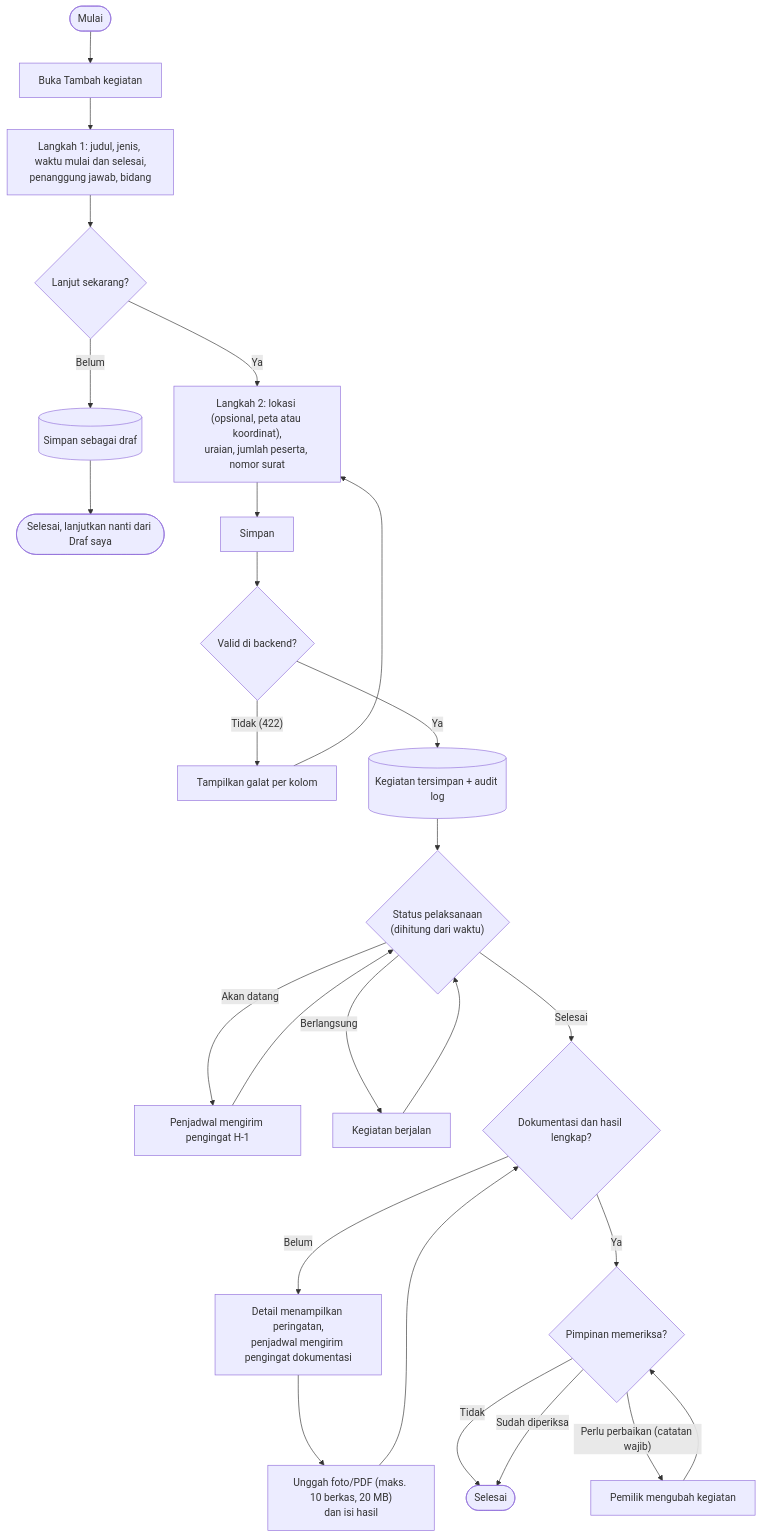
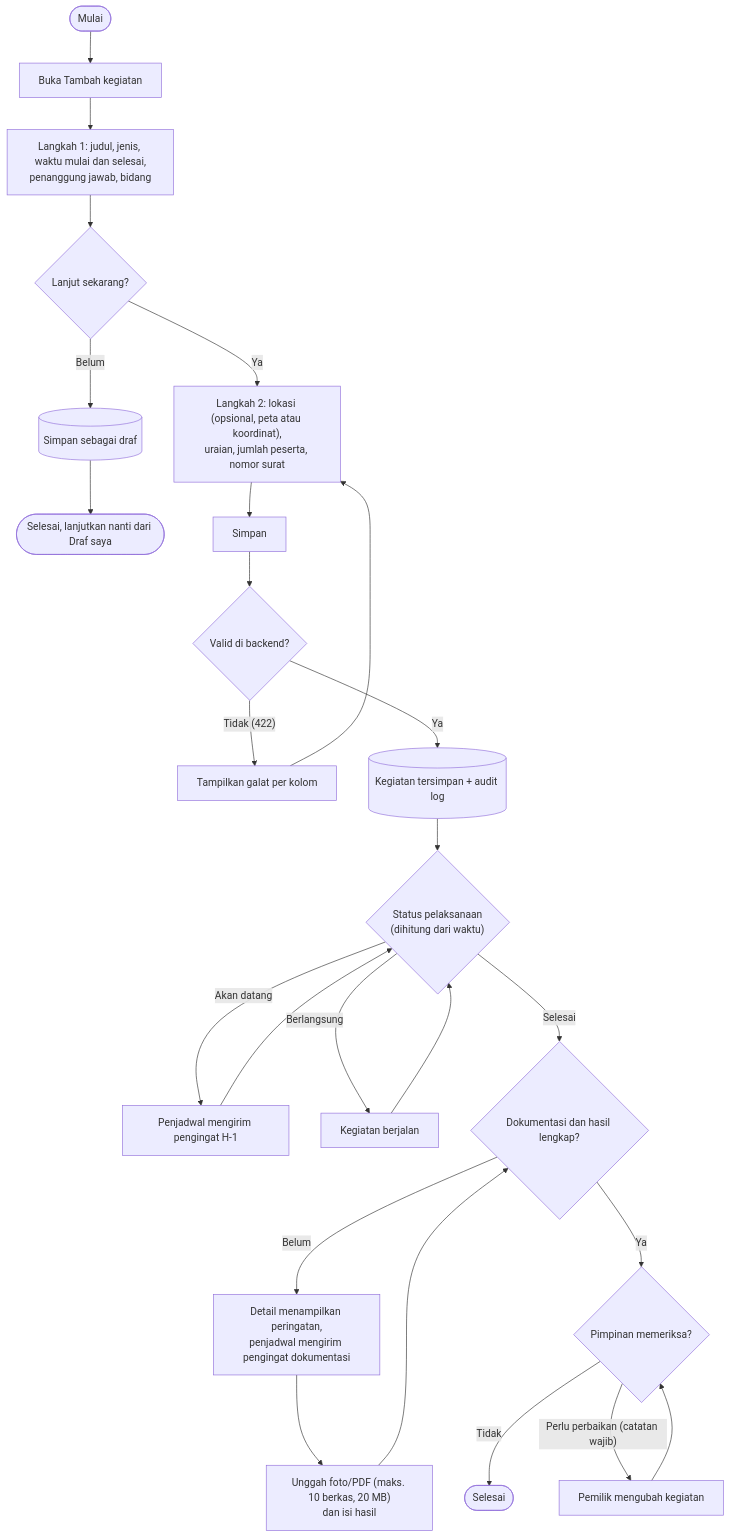
One commit to AhmadsTechDev/kegiatan-kominfo changed the first of 2 diagrams in docs/uml/02-activity.md. Above: the diagram before and after it, drawn with Mermaid. The commit also changed 30 other files, not shown here.

First line of the commit message:
feat: hapus status sudah/belum diperiksa, pimpinan cukup menandai perlu perbaikan

````diff
--- a/docs/uml/02-activity.md
+++ b/docs/uml/02-activity.md
@@ -7,26 +7,25 @@
 ```mermaid
 flowchart TD
     mulai([Mulai]) --> buka[Buka Tambah kegiatan]
     buka --> langkah1["Langkah 1: judul, jenis, waktu mulai dan selesai,<br/>penanggung jawab, bidang"]
     langkah1 --> lanjut{Lanjut sekarang?}
     lanjut -- Belum --> draf[(Simpan sebagai draf)]
     draf --> akhirDraf([Selesai, lanjutkan nanti dari Draf saya])
     lanjut -- Ya --> langkah2["Langkah 2: lokasi (opsional, peta atau koordinat),<br/>uraian, jumlah peserta, nomor surat"]
     langkah2 --> simpan[Simpan]
     simpan --> valid{Valid di backend?}
     valid -- "Tidak (422)" --> perbaiki[Tampilkan galat per kolom] --> langkah2
     valid -- Ya --> tercatat[(Kegiatan tersimpan + audit log)]
     tercatat --> status{"Status pelaksanaan<br/>(dihitung dari waktu)"}
     status -- Akan datang --> h1[Penjadwal mengirim pengingat H-1]
     h1 --> status
     status -- Berlangsung --> tunggu[Kegiatan berjalan]
     tunggu --> status
     status -- Selesai --> lengkap{Dokumentasi dan hasil lengkap?}
     lengkap -- Belum --> ingatDok[Detail menampilkan peringatan,<br/>penjadwal mengirim pengingat dokumentasi]
     ingatDok --> unggah["Unggah foto/PDF (maks. 10 berkas, 20 MB)<br/>dan isi hasil"]
     unggah --> lengkap
     lengkap -- Ya --> periksa{Pimpinan memeriksa?}
     periksa -- Tidak --> akhir([Selesai])
-    periksa -- "Sudah diperiksa" --> akhir
     periksa -- "Perlu perbaikan (catatan wajib)" --> ubah[Pemilik mengubah kegiatan] --> periksa
 ```
````
